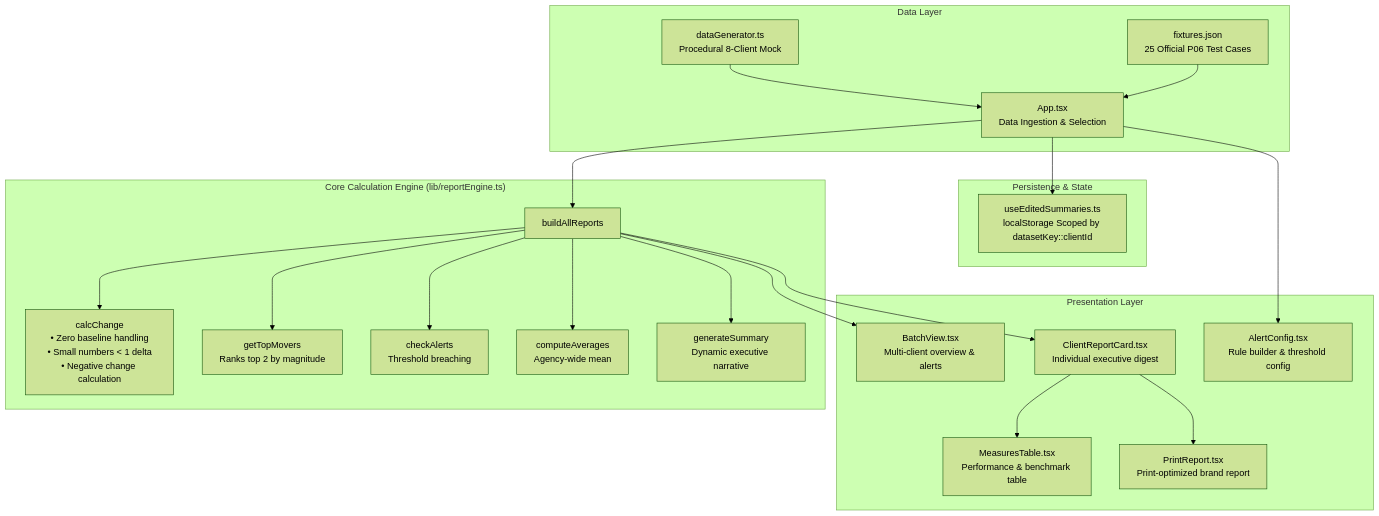
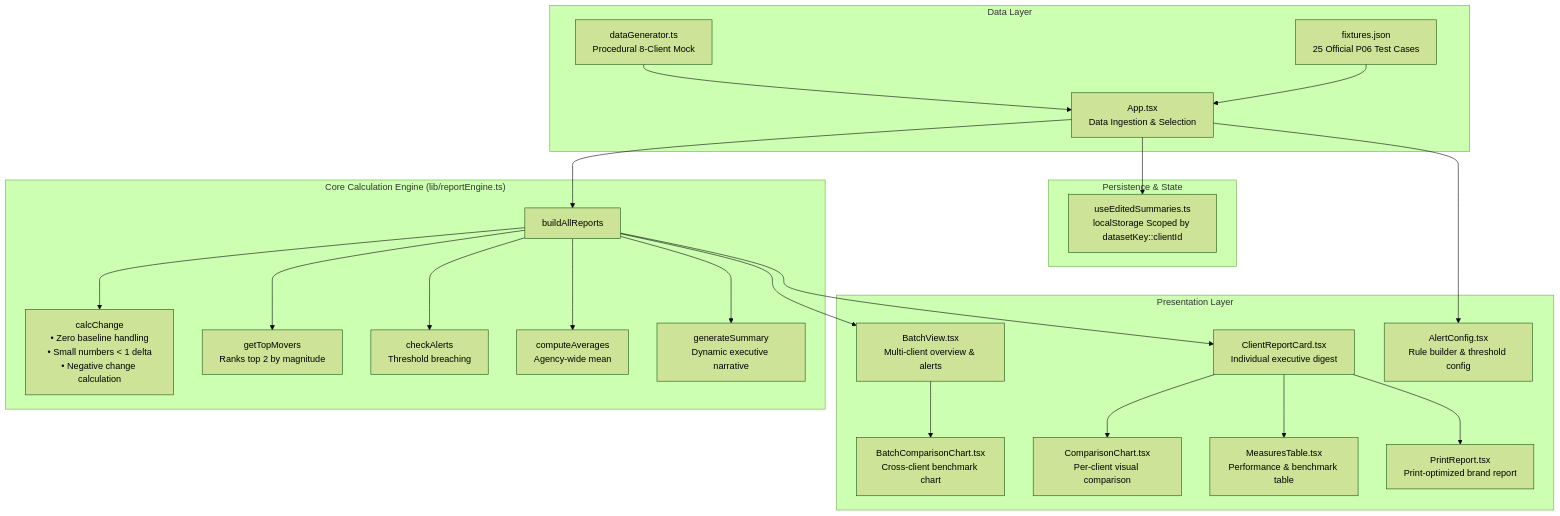
Before and after one commit to MrNowYouSeeMe/lsh26-t023-p06: the diagram in README.md, drawn with Mermaid (forest theme). The commit also changed other lines of this file, not shown here.

Commit message:
docs: document interactive comparison charts and walkthrough assets in README

````diff
--- a/README.md
+++ b/README.md
@@ -32,28 +35,30 @@
 ```mermaid
 graph TD
     subgraph Data Layer
         Mock["dataGenerator.ts<br/>Procedural 8-Client Mock"] --> Ingestion["App.tsx<br/>Data Ingestion & Selection"]
         Fixtures["fixtures.json<br/>25 Official P06 Test Cases"] --> Ingestion
     end
 
     subgraph Core Engine ["Core Calculation Engine (lib/reportEngine.ts)"]
         Ingestion --> Engine["buildAllReports"]
         Engine --> Calc["calcChange<br/>• Zero baseline handling<br/>• Small numbers &lt; 1 delta<br/>• Negative change calculation"]
         Engine --> Movers["getTopMovers<br/>Ranks top 2 by magnitude"]
         Engine --> Alerts["checkAlerts<br/>Threshold breaching"]
         Engine --> Benchmark["computeAverages<br/>Agency-wide mean"]
         Engine --> Summary["generateSummary<br/>Dynamic executive narrative"]
     end
 
     subgraph Persistence & State
         Ingestion --> Hook["useEditedSummaries.ts<br/>localStorage Scoped by datasetKey::clientId"]
     end
 
     subgraph Presentation Layer
         Engine --> Batch["BatchView.tsx<br/>Multi-client overview & alerts"]
+        Batch --> BatchChart["BatchComparisonChart.tsx<br/>Cross-client benchmark chart"]
         Engine --> Single["ClientReportCard.tsx<br/>Individual executive digest"]
+        Single --> Chart["ComparisonChart.tsx<br/>Per-client visual comparison"]
         Single --> Table["MeasuresTable.tsx<br/>Performance & benchmark table"]
         Single --> Print["PrintReport.tsx<br/>Print-optimized brand report"]
         Ingestion --> Sidebar["AlertConfig.tsx<br/>Rule builder & threshold config"]
     end
 ```
````
